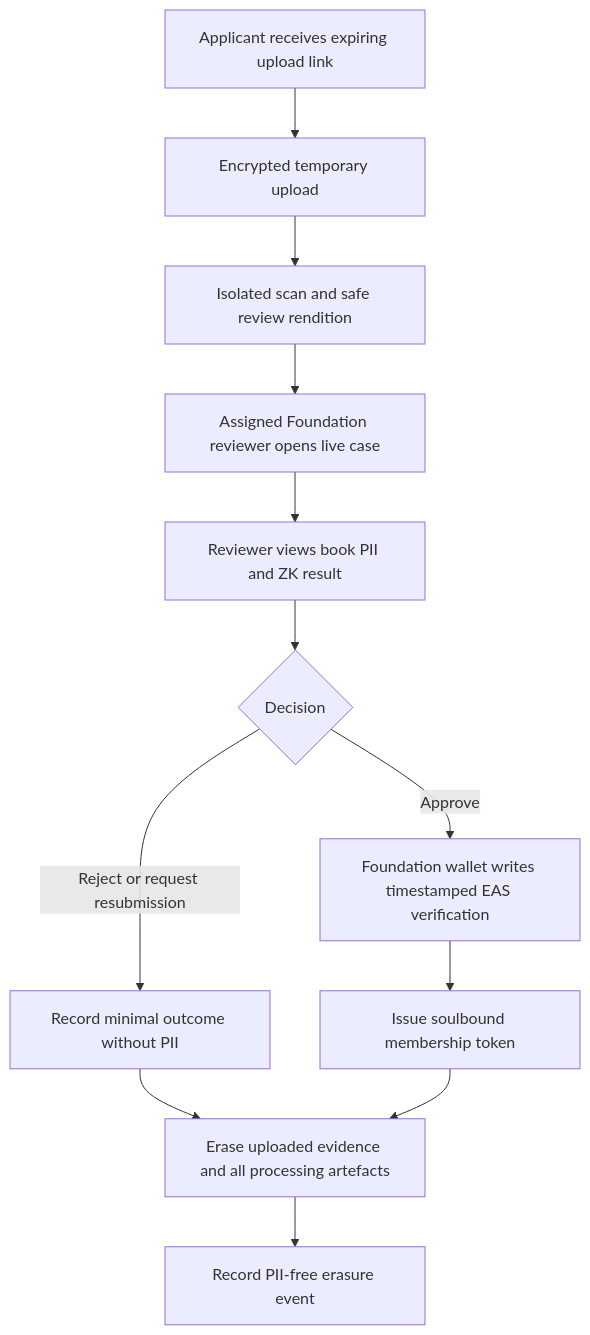
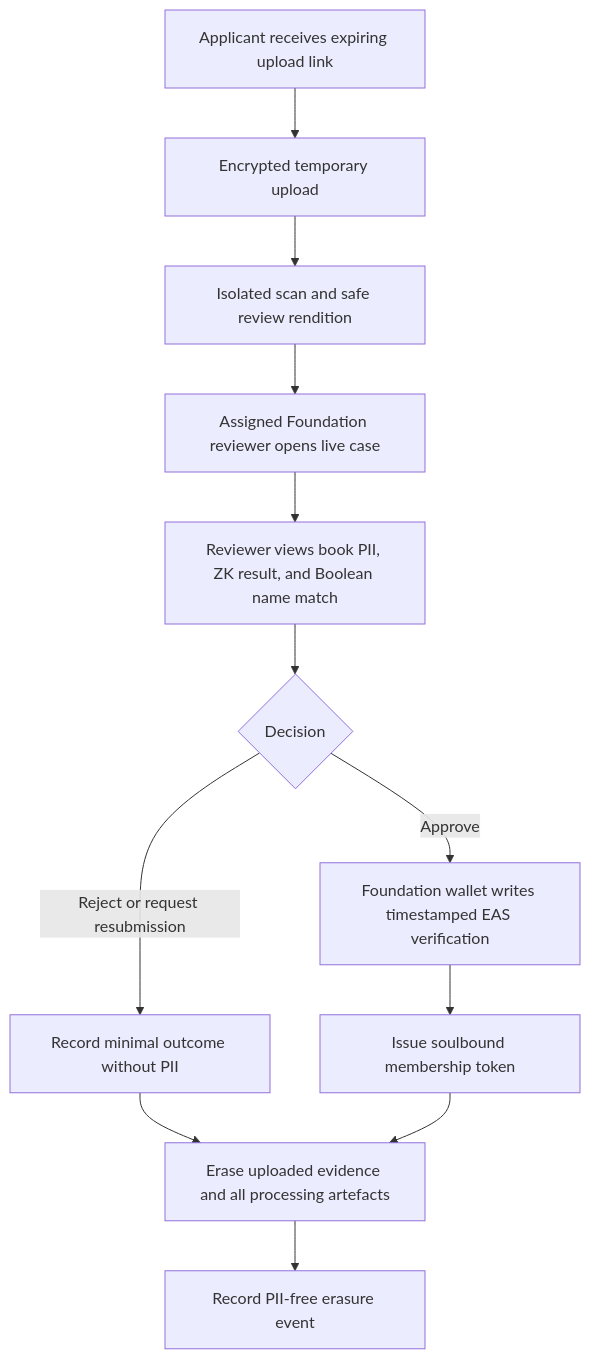
The fourth of 6 diagrams in README.md (AlexJupiter/tibetan-id), drawn with Mermaid before and after one commit. The commit also changed other lines of this file, not shown here.

Commit message:
Add private ZKPassport name matching

````diff
--- a/README.md
+++ b/README.md
@@ -132,14 +141,14 @@
 ```mermaid
 flowchart TD
     A[Applicant receives expiring upload link] --> B[Encrypted temporary upload]
     B --> C[Isolated scan and safe review rendition]
     C --> D[Assigned Foundation reviewer opens live case]
-    D --> E[Reviewer views book PII and ZK result]
+    D --> E[Reviewer views book PII, ZK result, and Boolean name match]
     E --> F{Decision}
     F -->|Reject or request resubmission| G[Record minimal outcome without PII]
     F -->|Approve| H[Foundation wallet writes timestamped EAS verification]
     H --> I[Issue soulbound membership token]
     G --> J[Erase uploaded evidence and all processing artefacts]
     I --> J
     J --> K[Record PII-free erasure event]
 ```
````
